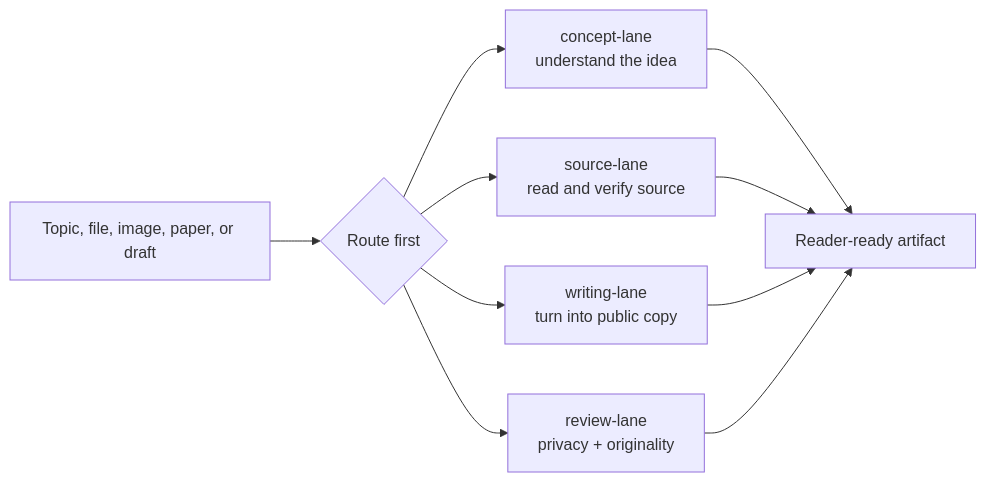
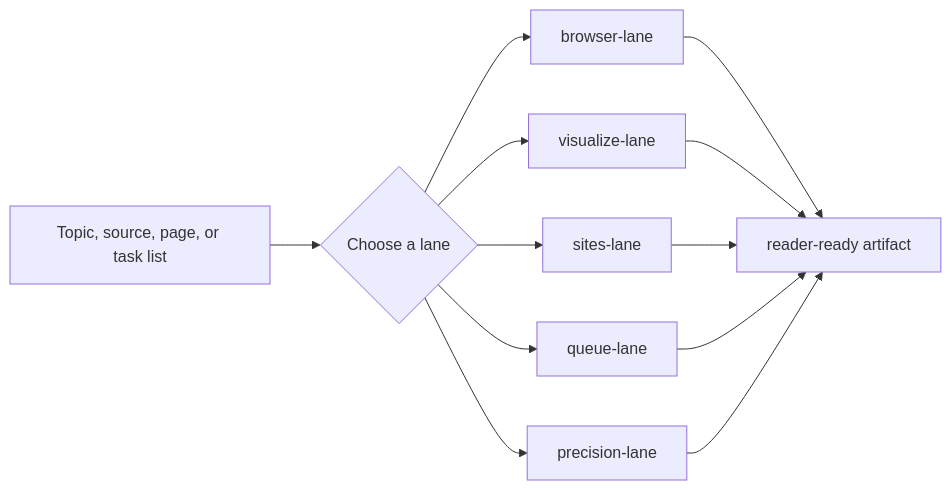
One commit to sushuqiong/ai-knowledge-writing-skill changed the diagram in README.md. Above: the diagram before and after it, drawn with Mermaid. The commit also changed other lines of this file and 15 other files, not shown here.

````diff
--- a/README.md
+++ b/README.md
@@ -32,12 +40,14 @@
 ```mermaid
 flowchart LR
-  A["Topic, file, image, paper, or draft"] --> B{"Route first"}
-  B --> C["concept-lane<br/>understand the idea"]
-  B --> D["source-lane<br/>read and verify source"]
-  B --> E["writing-lane<br/>turn into public copy"]
-  B --> F["review-lane<br/>privacy + originality"]
-  C --> G["Reader-ready artifact"]
-  D --> G
-  E --> G
-  F --> G
+  A["Topic, source, page, or task list"] --> B{"Choose a lane"}
+  B --> C["browser-lane"]
+  B --> D["visualize-lane"]
+  B --> E["sites-lane"]
+  B --> F["queue-lane"]
+  B --> G["precision-lane"]
+  C --> H["reader-ready artifact"]
+  D --> H
+  E --> H
+  F --> H
+  G --> H
 ```
````
